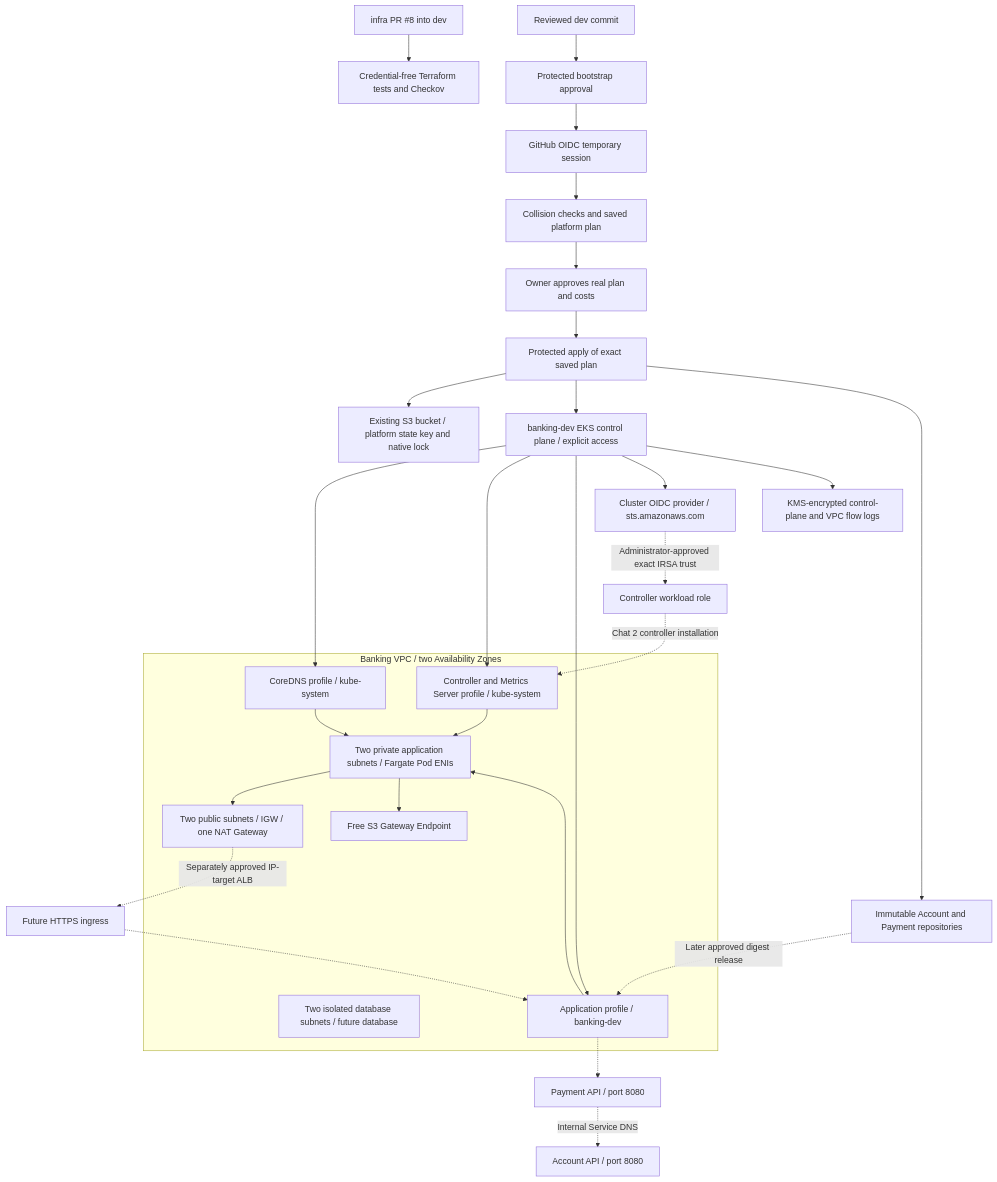
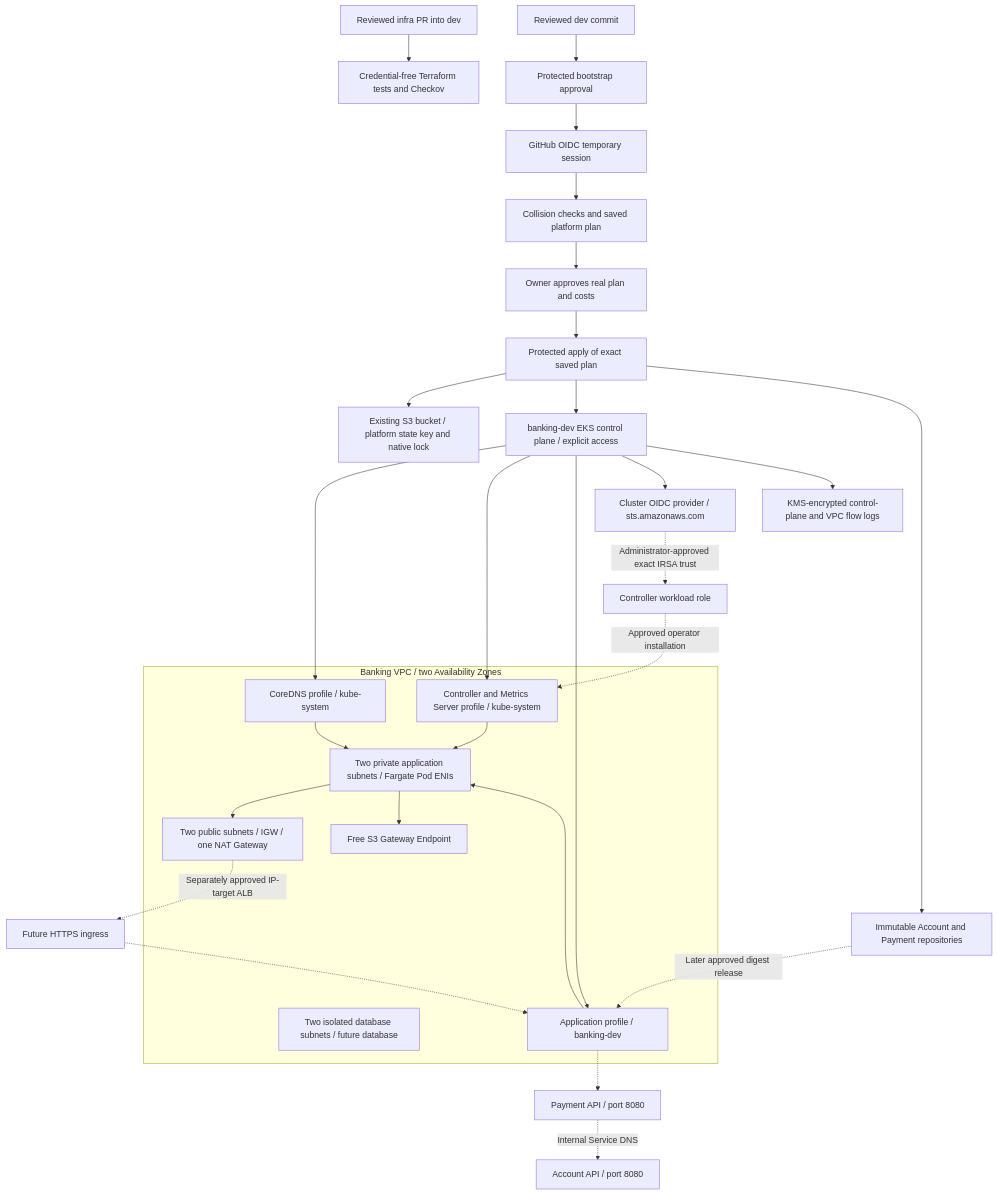
One commit to mhachem110/BankingReleasePlatform-AWS-EKS changed the diagram in docs/infrastructure/ARCHITECTURE.md. Above: the diagram before and after it, drawn with Mermaid. The commit also changed other lines of this file and 48 other files, not shown here.

````diff
--- a/docs/infrastructure/ARCHITECTURE.md
+++ b/docs/infrastructure/ARCHITECTURE.md
@@ -5,38 +5,38 @@
 ```mermaid
 flowchart TD
-  PR["infra PR #8 into dev"] --> CI["Credential-free Terraform tests and Checkov"]
+  PR["Reviewed infra PR into dev"] --> CI["Credential-free Terraform tests and Checkov"]
   DEV["Reviewed dev commit"] --> GATE["Protected bootstrap approval"]
   GATE --> GH["GitHub OIDC temporary session"]
   GH --> PLAN["Collision checks and saved platform plan"]
   PLAN --> REVIEW["Owner approves real plan and costs"]
   REVIEW --> APPLY["Protected apply of exact saved plan"]
   APPLY --> STATE["Existing S3 bucket / platform state key and native lock"]
   APPLY --> EKS["banking-dev EKS control plane / explicit access"]
   APPLY --> ECR["Immutable Account and Payment repositories"]
   subgraph VPC["Banking VPC / two Availability Zones"]
     PUBLIC["Two public subnets / IGW / one NAT Gateway"]
     PRIVATE["Two private application subnets / Fargate Pod ENIs"]
     DB["Two isolated database subnets / future database"]
     S3["Free S3 Gateway Endpoint"]
     PRIVATE --> PUBLIC
     PRIVATE --> S3
     DNS["CoreDNS profile / kube-system"]
     SYSTEM["Controller and Metrics Server profile / kube-system"]
     BANK["Application profile / banking-dev"]
     DNS --> PRIVATE
     SYSTEM --> PRIVATE
     BANK --> PRIVATE
   end
   EKS --> DNS
   EKS --> SYSTEM
   EKS --> BANK
   EKS --> ISSUER["Cluster OIDC provider / sts.amazonaws.com"]
   ISSUER -. "Administrator-approved exact IRSA trust" .-> ROLE["Controller workload role"]
-  ROLE -. "Chat 2 controller installation" .-> SYSTEM
+  ROLE -. "Approved operator installation" .-> SYSTEM
   EKS --> LOG["KMS-encrypted control-plane and VPC flow logs"]
   ECR -. "Later approved digest release" .-> BANK
   BANK -.-> PAYMENT["Payment API / port 8080"]
   PAYMENT -. "Internal Service DNS" .-> ACCOUNT["Account API / port 8080"]
   PUBLIC -. "Separately approved IP-target ALB" .-> ALB["Future HTTPS ingress"]
   ALB -.-> BANK
 ```
````
